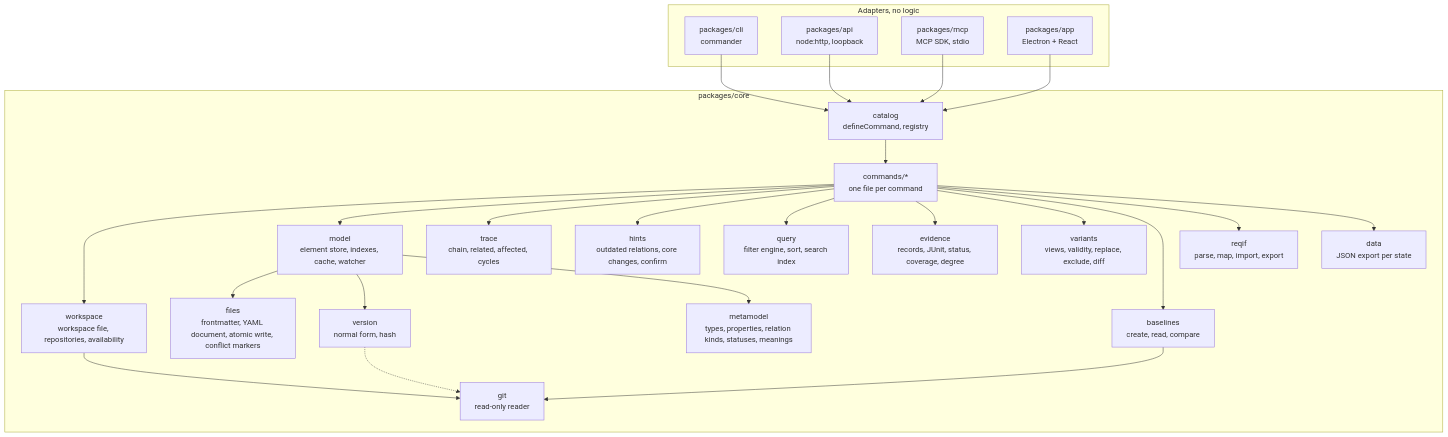
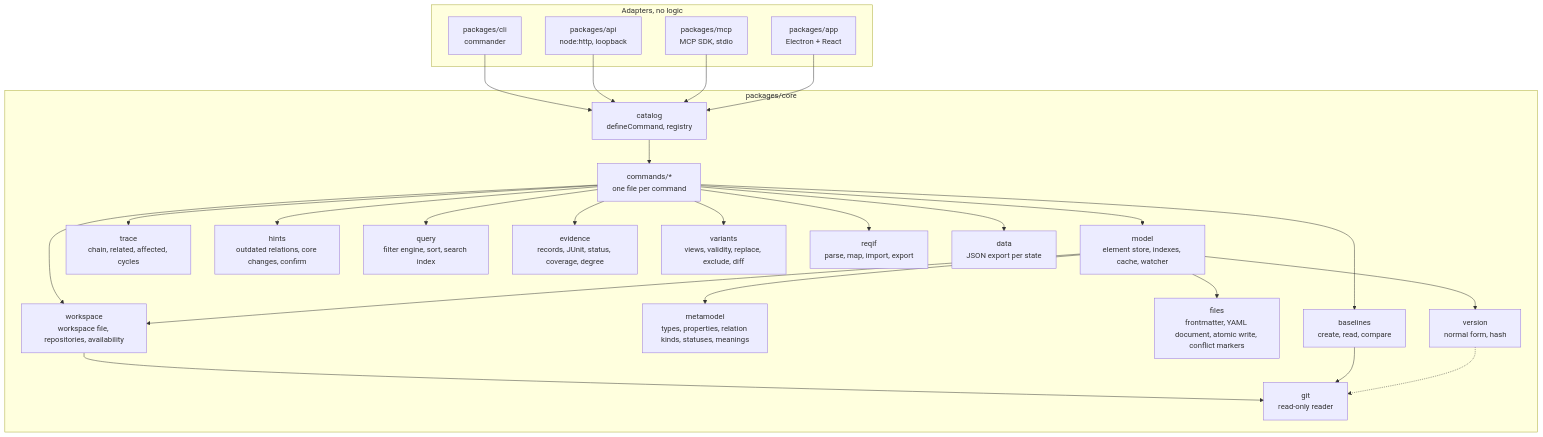
The second of 4 diagrams in docs/architecture/README.md (ThomasBirkmaier/ReqSeq), drawn with Mermaid before and after one commit. The commit also changed 42 other files, not shown here.

````diff
--- a/docs/architecture/README.md
+++ b/docs/architecture/README.md
@@ -80,34 +80,34 @@
 ```mermaid
 flowchart TB
   subgraph adapters[Adapters, no logic]
     cli[packages/cli<br/>commander]
     api[packages/api<br/>node:http, loopback]
     mcp[packages/mcp<br/>MCP SDK, stdio]
     app[packages/app<br/>Electron + React]
   end
   subgraph core[packages/core]
     catalog[catalog<br/>defineCommand, registry]
     commands[commands/*<br/>one file per command]
     ws[workspace<br/>workspace file, repositories, availability]
     mm[metamodel<br/>types, properties, relation kinds, statuses, meanings]
     files[files<br/>frontmatter, YAML document, atomic write, conflict markers]
     model[model<br/>element store, indexes, cache, watcher]
     version[version<br/>normal form, hash]
     trace[trace<br/>chain, related, affected, cycles]
     hints[hints<br/>outdated relations, core changes, confirm]
     query[query<br/>filter engine, sort, search index]
     evidence[evidence<br/>records, JUnit, status, coverage, degree]
     variants[variants<br/>views, validity, replace, exclude, diff]
     baselines[baselines<br/>create, read, compare]
     reqif[reqif<br/>parse, map, import, export]
     data[data<br/>JSON export per state]
     git[git<br/>read-only reader]
   end
   cli & api & mcp & app --> catalog
   catalog --> commands
   commands --> ws & model & trace & hints & query & evidence & variants & baselines & reqif & data
-  model --> files & version & mm
+  model --> files & version & mm & ws
   ws --> git
   baselines --> git
   version -.-> git
 ```
````
